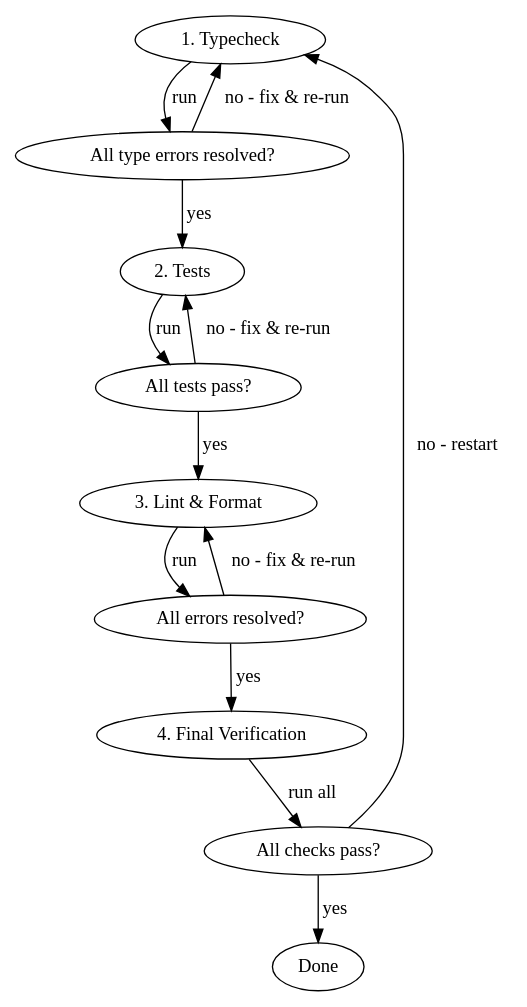
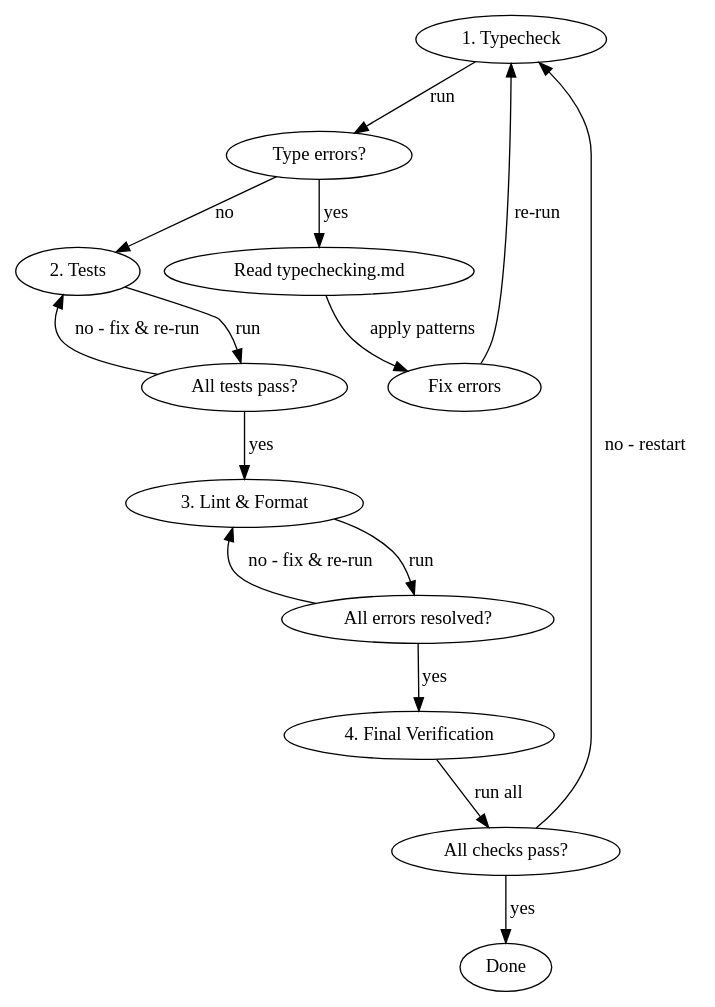
Before and after one commit to lllangWV/ccmarket: the diagram in plugins/python-dev/skills/python-dev/SKILL.md, drawn with Graphviz. The commit also changed other lines of this file and 2 other files, not shown here.

First line of the commit message:
Integrate typechecking and python-stubs into python-dev with progressive disclosure

````diff
--- a/plugins/python-dev/skills/python-dev/SKILL.md
+++ b/plugins/python-dev/skills/python-dev/SKILL.md
@@ -80,17 +59,19 @@
 ```dot
 digraph workflow {
     rankdir=TB;
-    "1. Typecheck" -> "All type errors resolved?" [label="run"];
-    "All type errors resolved?" -> "1. Typecheck" [label="no - fix & re-run"];
-    "All type errors resolved?" -> "2. Tests" [label="yes"];
+    "1. Typecheck" -> "Type errors?" [label="run"];
+    "Type errors?" -> "Read typechecking.md" [label="yes"];
+    "Read typechecking.md" -> "Fix errors" [label="apply patterns"];
+    "Fix errors" -> "1. Typecheck" [label="re-run"];
+    "Type errors?" -> "2. Tests" [label="no"];
     "2. Tests" -> "All tests pass?" [label="run"];
     "All tests pass?" -> "2. Tests" [label="no - fix & re-run"];
     "All tests pass?" -> "3. Lint & Format" [label="yes"];
     "3. Lint & Format" -> "All errors resolved?" [label="run"];
     "All errors resolved?" -> "3. Lint & Format" [label="no - fix & re-run"];
     "All errors resolved?" -> "4. Final Verification" [label="yes"];
     "4. Final Verification" -> "All checks pass?" [label="run all"];
     "All checks pass?" -> "1. Typecheck" [label="no - restart"];
     "All checks pass?" -> "Done" [label="yes"];
 }
 ```
````
